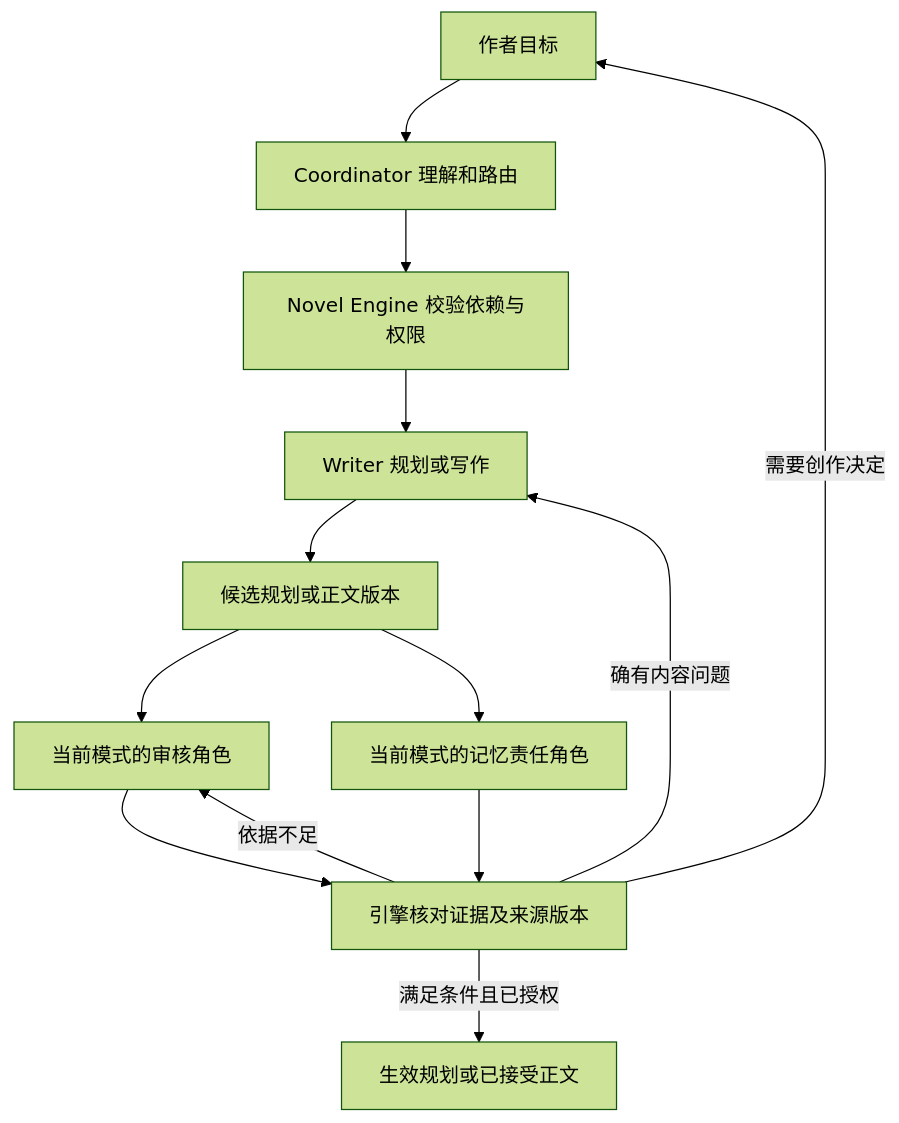
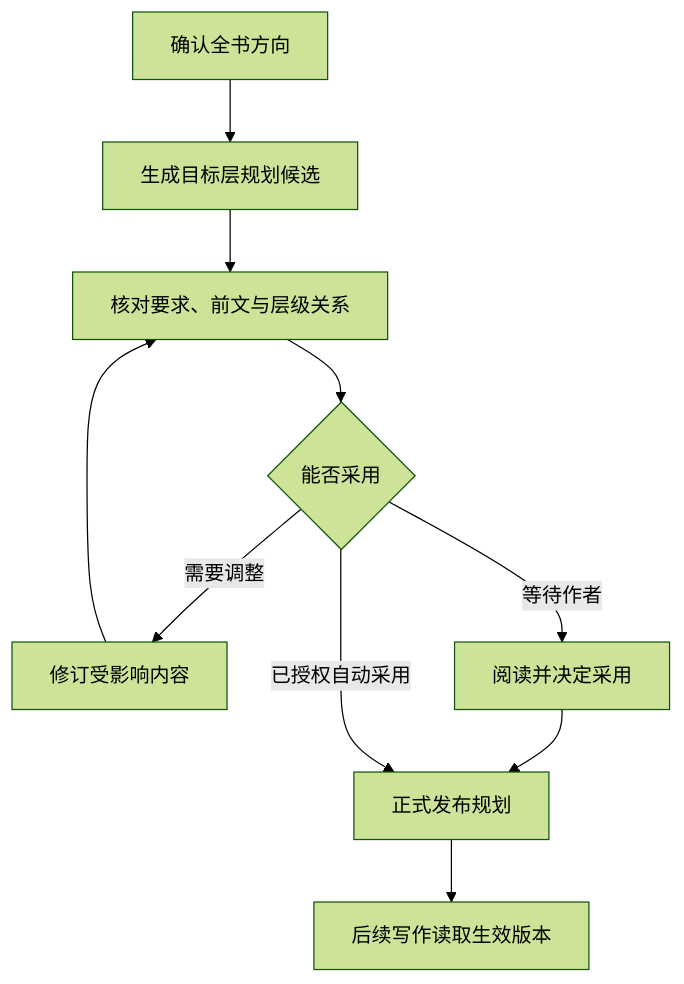
The second of 8 diagrams in README.md (littlewinter320/inkflow), drawn with Mermaid (forest theme) before and after one commit. The commit also changed other lines of this file and 309 other files, not shown here.

````diff
--- a/README.md
+++ b/README.md
@@ -179,15 +407,12 @@
 ```mermaid
 flowchart TD
-    U[作者目标] --> C[Coordinator 理解和路由]
-    C --> E[Novel Engine 校验依赖与权限]
-    E --> W[Writer 规划或写作]
-    W --> D[候选规划或正文版本]
-    D --> R[当前模式的审核角色]
-    D --> M[当前模式的记忆责任角色]
-    R --> V[引擎核对证据及来源版本]
-    M --> V
-    V -->|满足条件且已授权| S[生效规划或已接受正文]
-    V -->|确有内容问题| W
-    V -->|依据不足| R
-    V -->|需要创作决定| U
+    A[确认全书方向] --> B[生成目标层规划候选]
+    B --> C[核对要求、前文与层级关系]
+    C --> D{能否采用}
+    D -->|需要调整| E[修订受影响内容]
+    E --> C
+    D -->|等待作者| F[阅读并决定采用]
+    F --> G[正式发布规划]
+    D -->|已授权自动采用| G
+    G --> H[后续写作读取生效版本]
 ```
````
